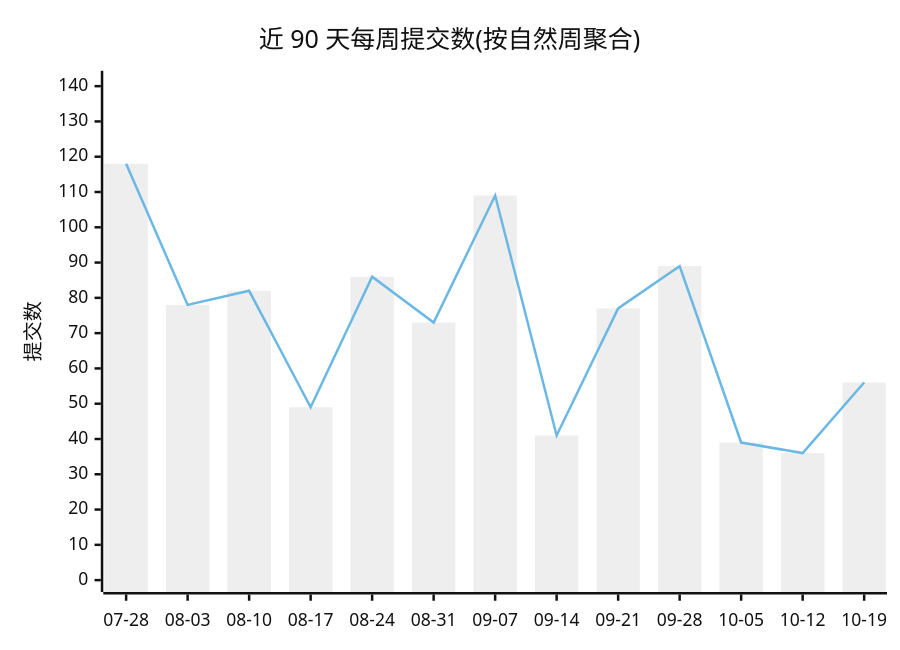
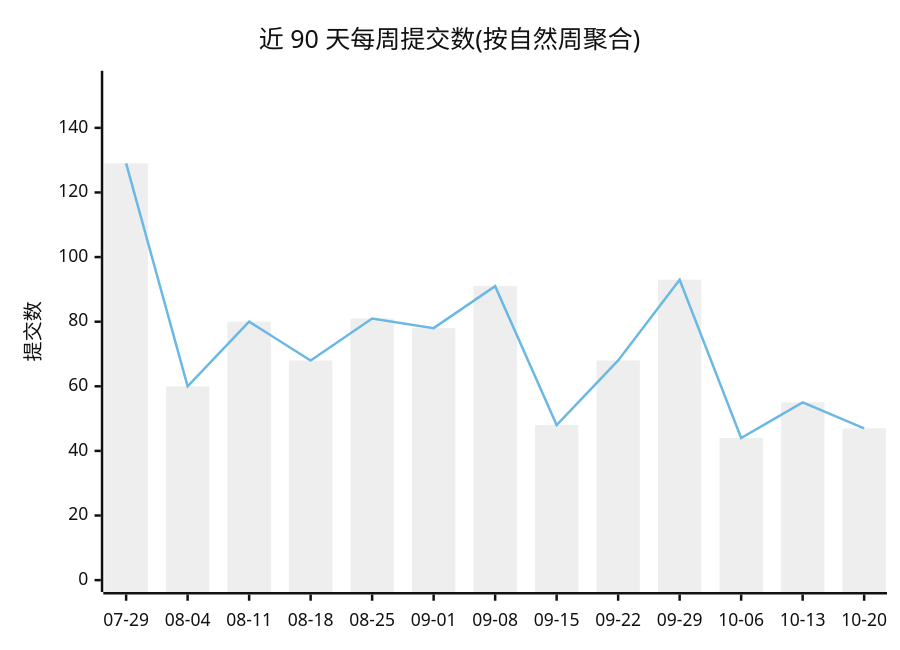
The first of 2 diagrams in profile/README.md (Conflux-Union/.github), drawn with Mermaid (neutral theme) before and after one commit. The commit also changed other lines of this file and 1 other file, not shown here.

````diff
--- a/profile/README.md
+++ b/profile/README.md
@@ -44,8 +44,8 @@
 ```mermaid
 xychart-beta
     title "近 90 天每周提交数(按自然周聚合)"
-    x-axis ["07-28", "08-03", "08-10", "08-17", "08-24", "08-31", "09-07", "09-14", "09-21", "09-28", "10-05", "10-12", "10-19"]
-    y-axis "提交数" 0 --> 141
-    bar [118, 78, 82, 49, 86, 73, 109, 41, 77, 89, 39, 36, 56]
-    line [118, 78, 82, 49, 86, 73, 109, 41, 77, 89, 39, 36, 56]
+    x-axis ["07-29", "08-04", "08-11", "08-18", "08-25", "09-01", "09-08", "09-15", "09-22", "09-29", "10-06", "10-13", "10-20"]
+    y-axis "提交数" 0 --> 154
+    bar [129, 60, 80, 68, 81, 78, 91, 48, 68, 93, 44, 55, 47]
+    line [129, 60, 80, 68, 81, 78, 91, 48, 68, 93, 44, 55, 47]
 ```
````
